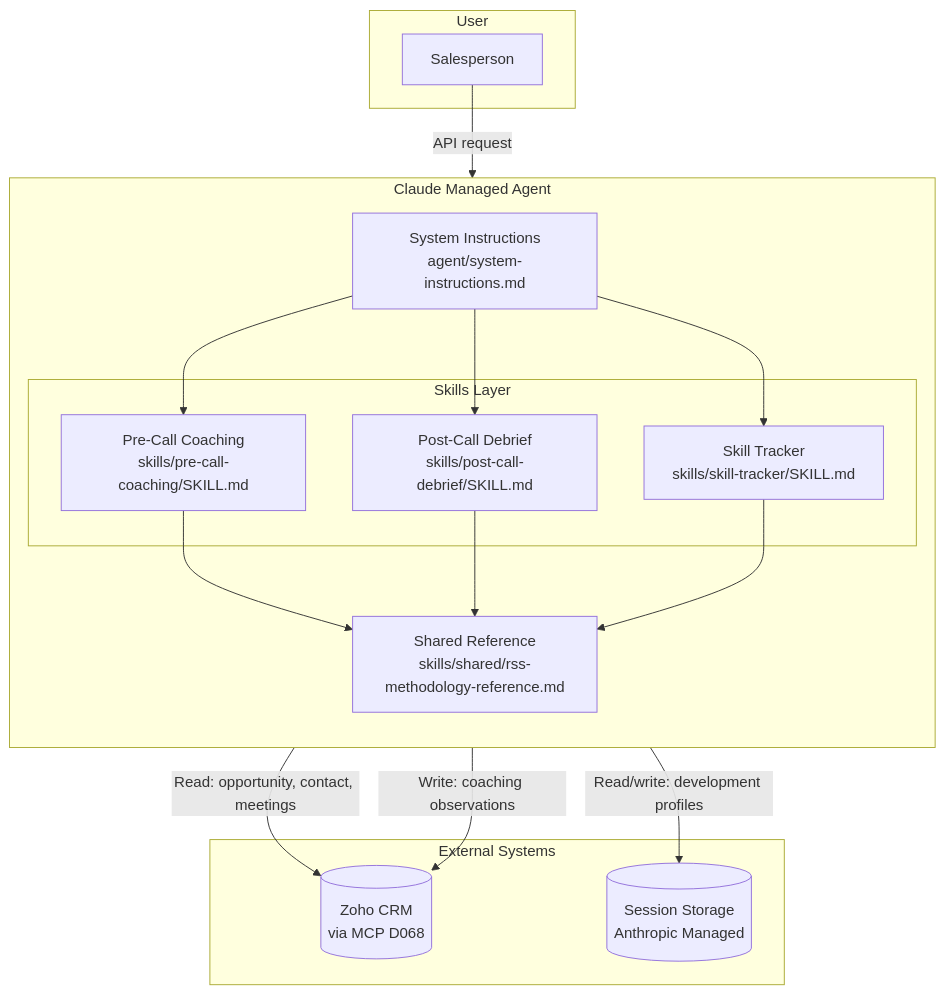
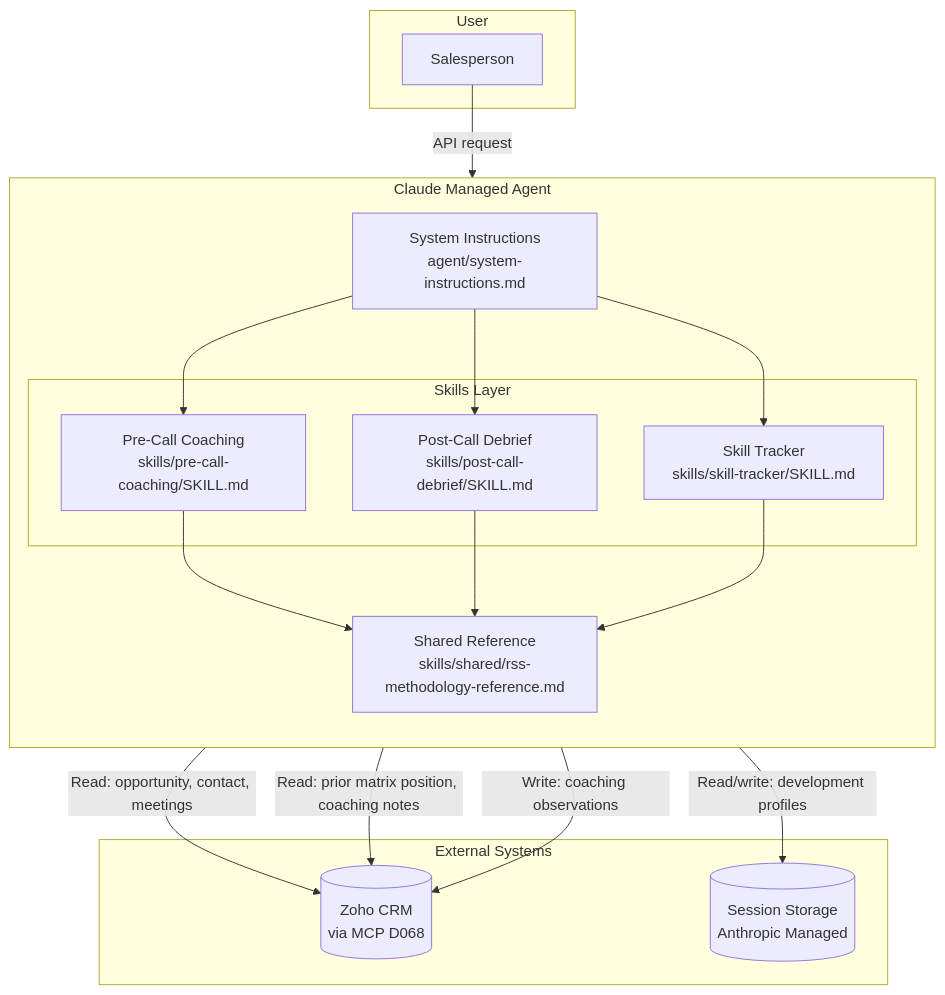
Before and after one commit to alexander-proudfoot/rss-platform: the diagram in docs/architecture.md, drawn with Mermaid. The commit also changed other lines of this file and 2 other files, not shown here.

````diff
--- a/docs/architecture.md
+++ b/docs/architecture.md
@@ -19,36 +19,37 @@
 ```mermaid
 graph TB
     subgraph "User"
         SP[Salesperson]
     end
 
     subgraph "Claude Managed Agent"
         direction TB
         SI[System Instructions<br/>agent/system-instructions.md]
         
         subgraph "Skills Layer"
             PCC[Pre-Call Coaching<br/>skills/pre-call-coaching/SKILL.md]
             PCD[Post-Call Debrief<br/>skills/post-call-debrief/SKILL.md]
             ST[Skill Tracker<br/>skills/skill-tracker/SKILL.md]
         end
         
         REF[Shared Reference<br/>skills/shared/rss-methodology-reference.md]
         
         SI --> PCC
         SI --> PCD
         SI --> ST
         PCC --> REF
         PCD --> REF
         ST --> REF
     end
 
     subgraph "External Systems"
         ZOHO[(Zoho CRM<br/>via MCP D068)]
         SESSION[(Session Storage<br/>Anthropic Managed)]
     end
 
     SP -->|"API request"| SI
     PCC -->|"Read: opportunity, contact, meetings"| ZOHO
+    PCD -->|"Read: prior matrix position, coaching notes"| ZOHO
     PCD -->|"Write: coaching observations"| ZOHO
     ST -->|"Read/write: development profiles"| SESSION
 ```
````
